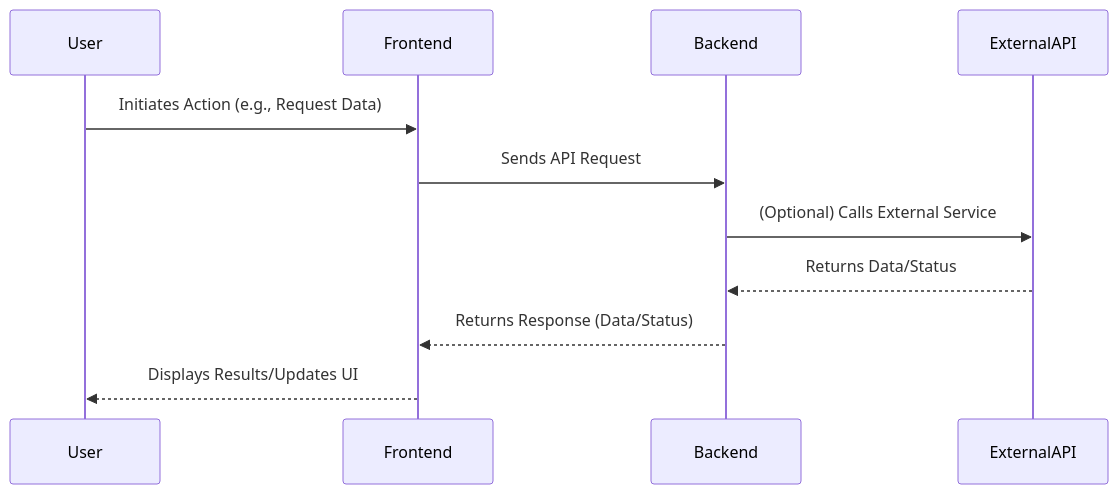
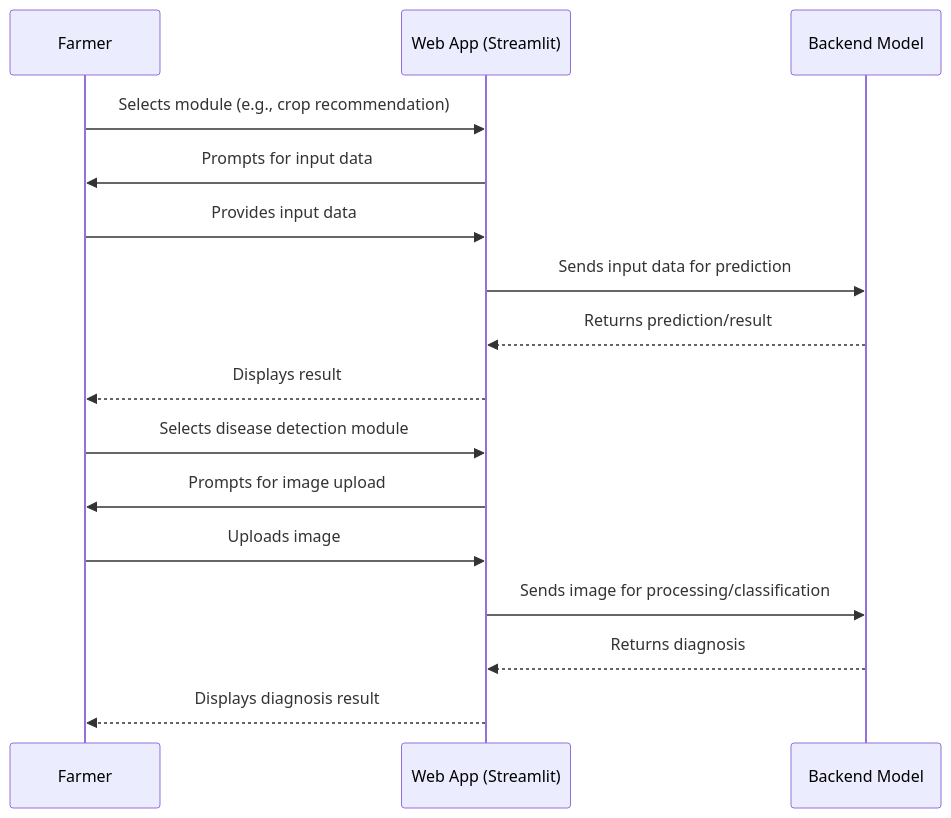
One commit to Akashbabum/LeafX changed the diagram in SEQUENCE.md. Above: the diagram before and after it, drawn with Mermaid.

````diff
--- a/SEQUENCE.md
+++ b/SEQUENCE.md
@@ -1,16 +1,22 @@
 ```mermaid
 sequenceDiagram
-    participant User
-    participant Frontend
-    participant Backend
-    participant ExternalAPI
+    participant Farmer
+    participant WebApp as Web App (Streamlit)
+    participant Backend as Backend Model
 
-    User->>Frontend: Initiates Action (e.g., Request Data)
-    Frontend->>Backend: Sends API Request
-    %% Database interactions and login removed
-    Backend->>ExternalAPI: (Optional) Calls External Service
-    ExternalAPI-->>Backend: Returns Data/Status
-    %% Data handled in-memory in Backend
-    Backend-->>Frontend: Returns Response (Data/Status)
-    Frontend-->>User: Displays Results/Updates UI
+    %% General module flow (e.g., crop recommendation)
+    Farmer->>WebApp: Selects module (e.g., crop recommendation)
+    WebApp->>Farmer: Prompts for input data
+    Farmer->>WebApp: Provides input data
+    WebApp->>Backend: Sends input data for prediction
+    Backend-->>WebApp: Returns prediction/result
+    WebApp-->>Farmer: Displays result
+
+    %% Disease detection module flow
+    Farmer->>WebApp: Selects disease detection module
+    WebApp->>Farmer: Prompts for image upload
+    Farmer->>WebApp: Uploads image
+    WebApp->>Backend: Sends image for processing/classification
+    Backend-->>WebApp: Returns diagnosis
+    WebApp-->>Farmer: Displays diagnosis result
 ```
````
